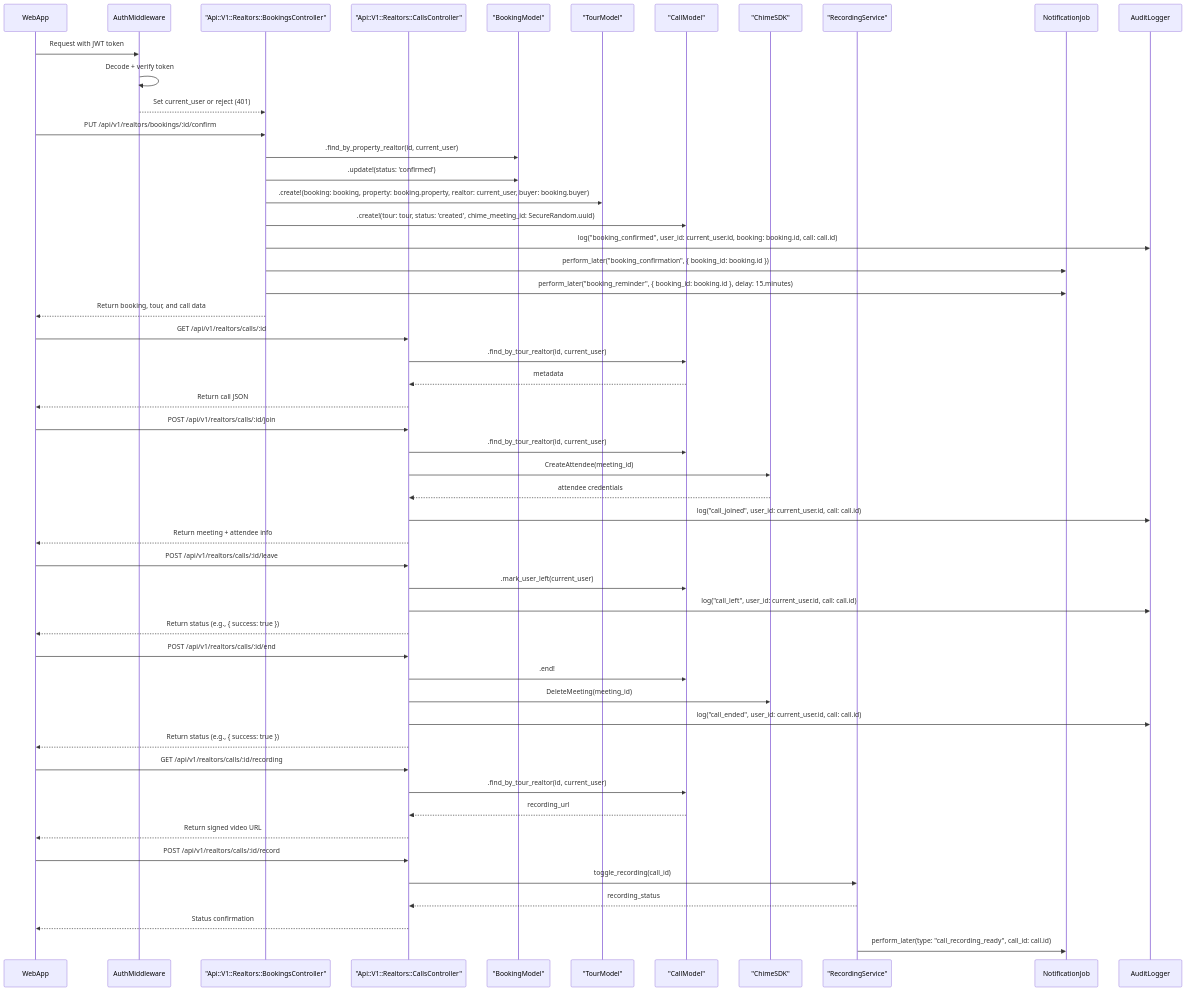
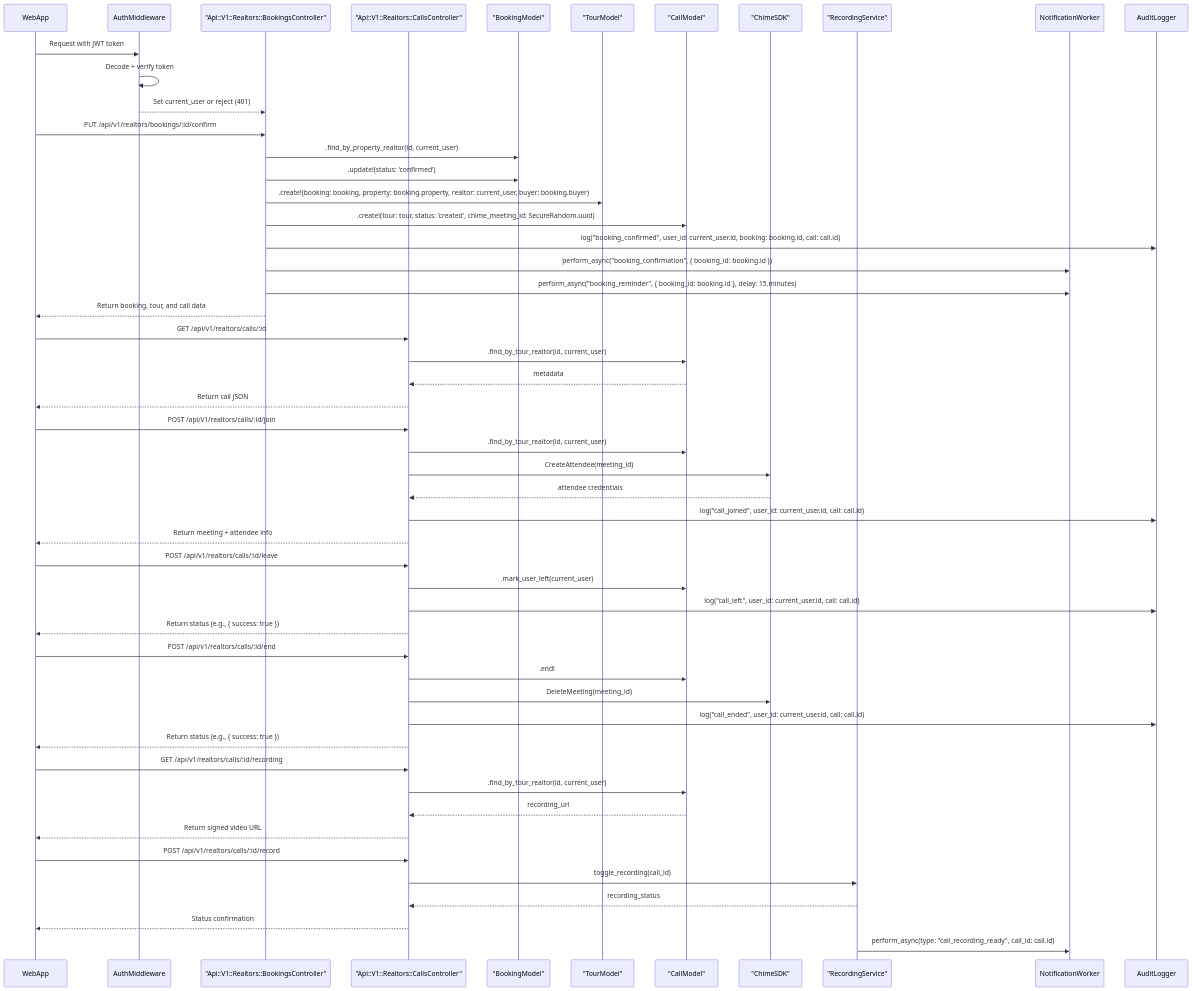
One commit to Video-API-architecture/architecture-proposal changed the diagram in diagrams/realtors/calls.mermaid. Above: the diagram before and after it, drawn with Mermaid. The commit also changed 15 other files, not shown here.

```diff
--- a/diagrams/realtors/calls.mermaid
+++ b/diagrams/realtors/calls.mermaid
@@ -1,70 +1,70 @@
 sequenceDiagram
     participant WebApp
     participant Auth as AuthMiddleware
     participant BC as "Api::V1::Realtors::BookingsController"
     participant CC as "Api::V1::Realtors::CallsController"
     participant Booking as "BookingModel"
     participant Tour as "TourModel"
     participant Call as "CallModel"
     participant Chime as "ChimeSDK"
     participant Recorder as "RecordingService"
-    participant NotificationJob
+    participant NotificationWorker
     participant AuditLogger
 
     %% Auth check
     WebApp->>Auth: Request with JWT token
     Auth->>Auth: Decode + verify token
     Auth-->>BC: Set current_user or reject (401)
 
     %% Booking confirmation (creates call)
     WebApp->>BC: PUT /api/v1/realtors/bookings/:id/confirm
     BC->>Booking: .find_by_property_realtor(id, current_user)
     BC->>Booking: .update!(status: 'confirmed')
     BC->>Tour: .create!(booking: booking, property: booking.property, realtor: current_user, buyer: booking.buyer)
     BC->>Call: .create!(tour: tour, status: 'created', chime_meeting_id: SecureRandom.uuid)
     BC->>AuditLogger: log("booking_confirmed", user_id: current_user.id, booking: booking.id, call: call.id)
-    BC->>NotificationJob: perform_later("booking_confirmation", { booking_id: booking.id })
-    BC->>NotificationJob: perform_later("booking_reminder", { booking_id: booking.id }, delay: 15.minutes)
+    BC->>NotificationWorker: perform_async("booking_confirmation", { booking_id: booking.id })
+    BC->>NotificationWorker: perform_async("booking_reminder", { booking_id: booking.id }, delay: 15.minutes)
     BC-->>WebApp: Return booking, tour, and call data
 
     %% Get call details (after confirmation)
     WebApp->>CC: GET /api/v1/realtors/calls/:id
     CC->>Call: .find_by_tour_realtor(id, current_user)
     Call-->>CC: metadata
     CC-->>WebApp: Return call JSON
 
     %% Join call
     WebApp->>CC: POST /api/v1/realtors/calls/:id/join
     CC->>Call: .find_by_tour_realtor(id, current_user)
     CC->>Chime: CreateAttendee(meeting_id)
     Chime-->>CC: attendee credentials
     CC->>AuditLogger: log("call_joined", user_id: current_user.id, call: call.id)
     CC-->>WebApp: Return meeting + attendee info
 
     %% Leave call
     WebApp->>CC: POST /api/v1/realtors/calls/:id/leave
     CC->>Call: .mark_user_left(current_user)
     CC->>AuditLogger: log("call_left", user_id: current_user.id, call: call.id)
     CC-->>WebApp: Return status (e.g., { success: true })
 
     %% End call
     WebApp->>CC: POST /api/v1/realtors/calls/:id/end
     CC->>Call: .end!
     CC->>Chime: DeleteMeeting(meeting_id)
     CC->>AuditLogger: log("call_ended", user_id: current_user.id, call: call.id)
     CC-->>WebApp: Return status (e.g., { success: true })
 
     %% Get call recording
     WebApp->>CC: GET /api/v1/realtors/calls/:id/recording
     CC->>Call: .find_by_tour_realtor(id, current_user)
     Call-->>CC: recording_url
     CC-->>WebApp: Return signed video URL
 
     %% Start/Stop call recording
     WebApp->>CC: POST /api/v1/realtors/calls/:id/record
     CC->>Recorder: toggle_recording(call_id)
     Recorder-->>CC: recording_status
     CC-->>WebApp: Status confirmation
 
     %% Optional email notification after recording
-    Recorder->>NotificationJob: perform_later(type: "call_recording_ready", call_id: call.id)
+    Recorder->>NotificationWorker: perform_async(type: "call_recording_ready", call_id: call.id)
```
